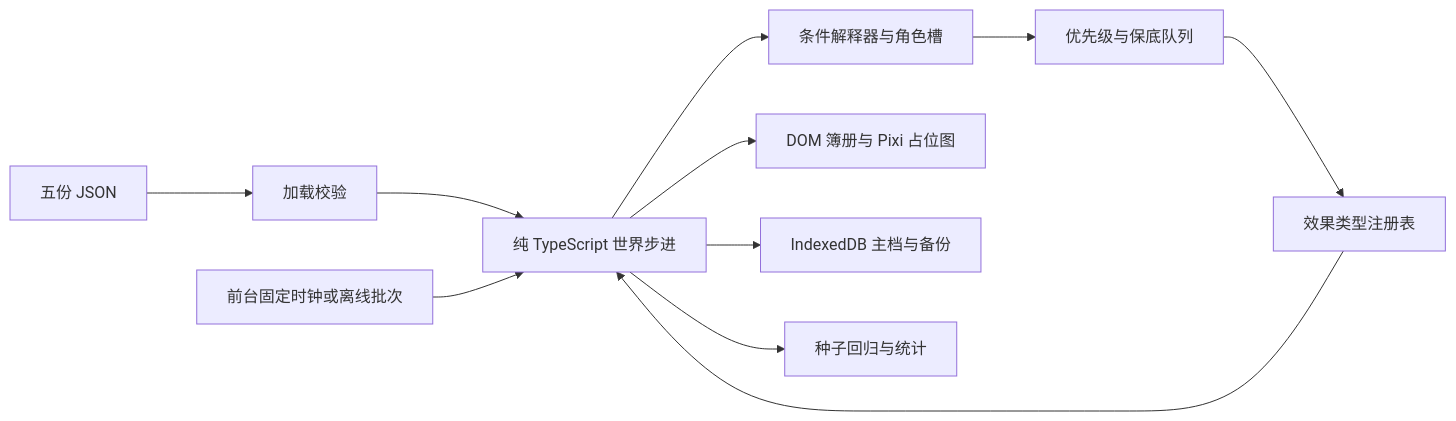
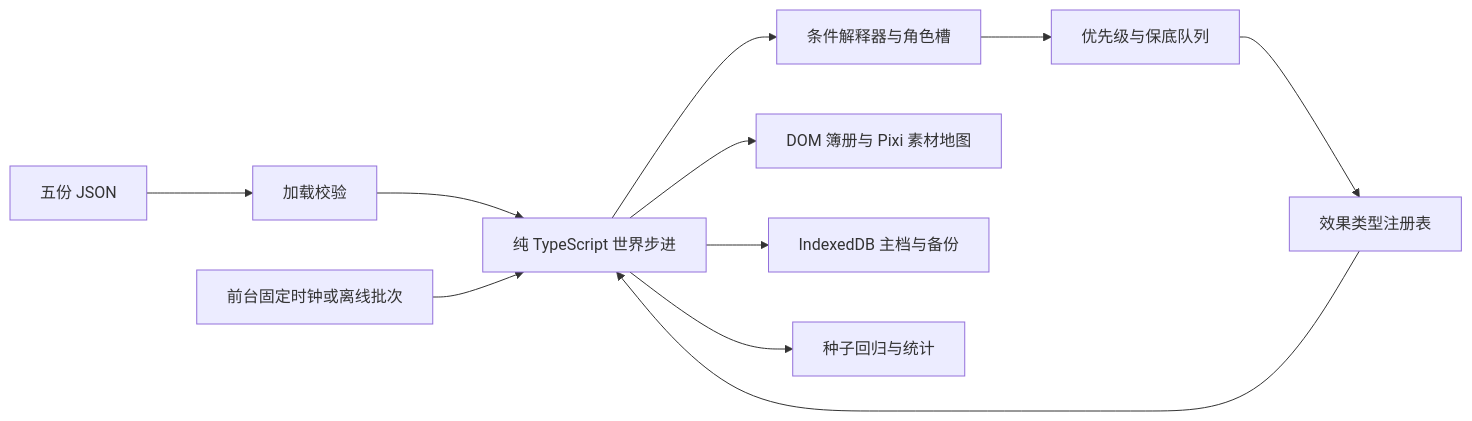
The diagram in docs/ARCHITECTURE.md (CyberShp/immortals), drawn with Mermaid before and after one commit. The commit also changed other lines of this file and 79 other files, not shown here.

Commit message:
接入 Iris 第一批美术：底图、建筑 t1/t2、弟子五姿势（96px 导出）、配饰图标；降级回退；e2e 美术截图与首屏体积

````diff
--- a/docs/ARCHITECTURE.md
+++ b/docs/ARCHITECTURE.md
@@ -11,13 +11,13 @@
 ```mermaid
 flowchart LR
   JSON[五份 JSON] --> Zod[加载校验]
   Zod --> Core[纯 TypeScript 世界步进]
   Core --> Conditions[条件解释器与角色槽]
   Conditions --> Queue[优先级与保底队列]
   Queue --> Registry[效果类型注册表]
   Registry --> Core
-  Core --> UI[DOM 簿册与 Pixi 占位图]
+  Core --> UI[DOM 簿册与 Pixi 素材地图]
   Core --> Save[IndexedDB 主档与备份]
   Clock[前台固定时钟或离线批次] --> Core
   Core --> CLI[种子回归与统计]
 ```
````
